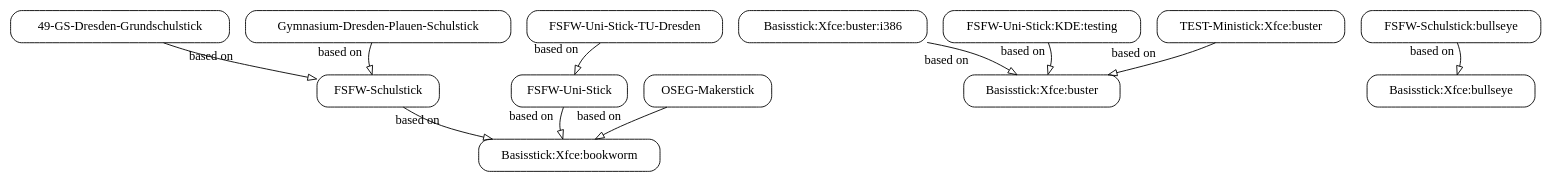
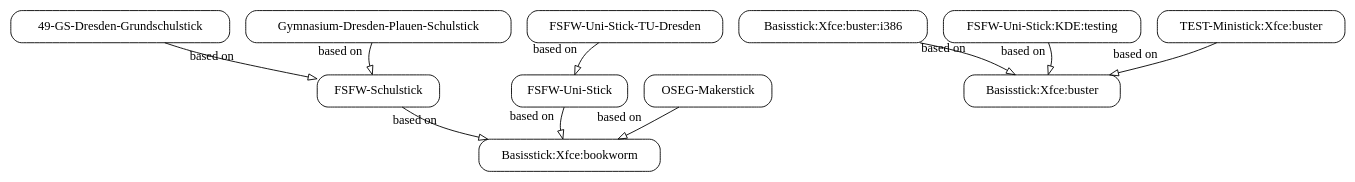
Before and after one commit to fsfw-dresden/usb-live-linux: the diagram in variants.build/features.adoc, drawn with Graphviz. The commit also changed other lines of this file and 2 other files, not shown here.

```diff
--- a/variants.build/features.adoc
+++ b/variants.build/features.adoc
@@ -53,23 +53,22 @@
 [graphviz, build-variant-inheritance.png, dot]
 -------
 digraph build_variants {
   splines=curved;
   node [
     shape = box,
     style = rounded
   ];
   edge [
     arrowhead = empty
   ];
   "49-GS-Dresden-Grundschulstick" -> "FSFW-Schulstick" [ xlabel = "based on" ];
   "Basisstick:Xfce:buster:i386" -> "Basisstick:Xfce:buster" [ xlabel = "based on" ];
-  "FSFW-Schulstick:bullseye" -> "Basisstick:Xfce:bullseye" [ xlabel = "based on" ];
   "FSFW-Schulstick" -> "Basisstick:Xfce:bookworm" [ xlabel = "based on" ];
   "FSFW-Uni-Stick" -> "Basisstick:Xfce:bookworm" [ xlabel = "based on" ];
   "FSFW-Uni-Stick:KDE:testing" -> "Basisstick:Xfce:buster" [ xlabel = "based on" ];
   "FSFW-Uni-Stick-TU-Dresden" -> "FSFW-Uni-Stick" [ xlabel = "based on" ];
   "Gymnasium-Dresden-Plauen-Schulstick" -> "FSFW-Schulstick" [ xlabel = "based on" ];
   "OSEG-Makerstick" -> "Basisstick:Xfce:bookworm" [ xlabel = "based on" ];
   "TEST-Ministick:Xfce:buster" -> "Basisstick:Xfce:buster" [ xlabel = "based on" ];
 }
 -------
```
